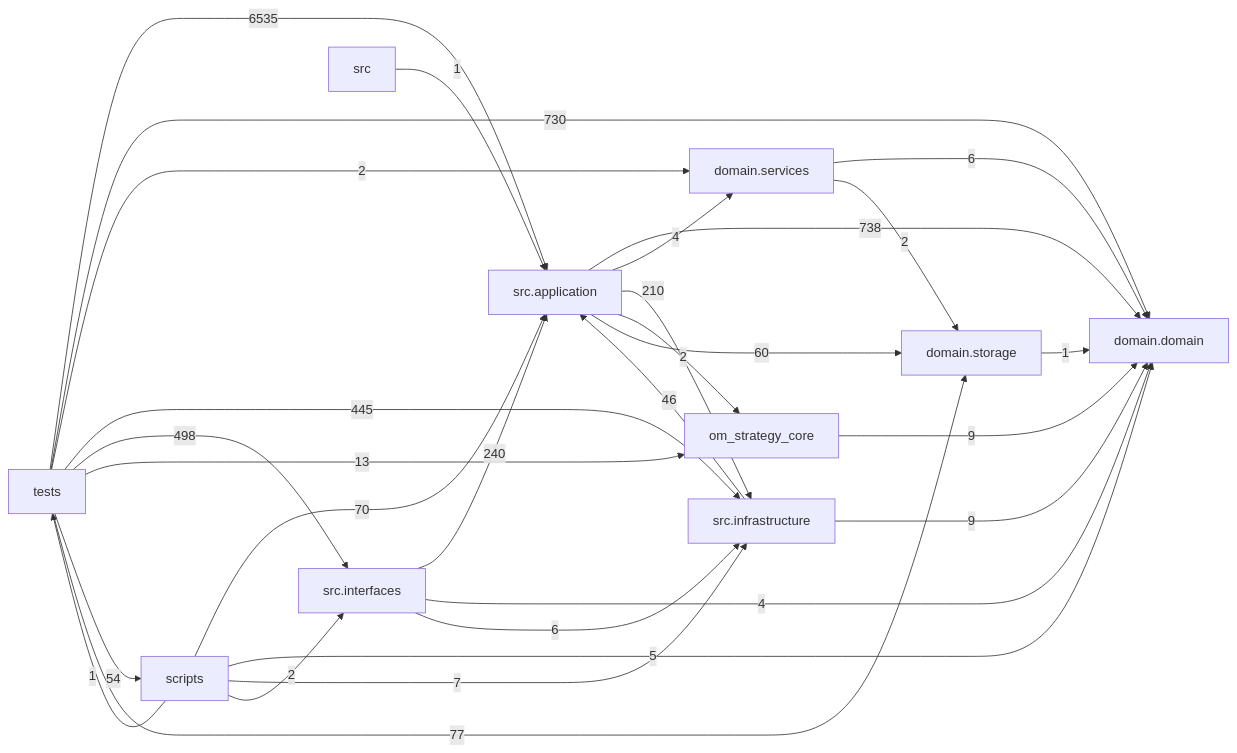
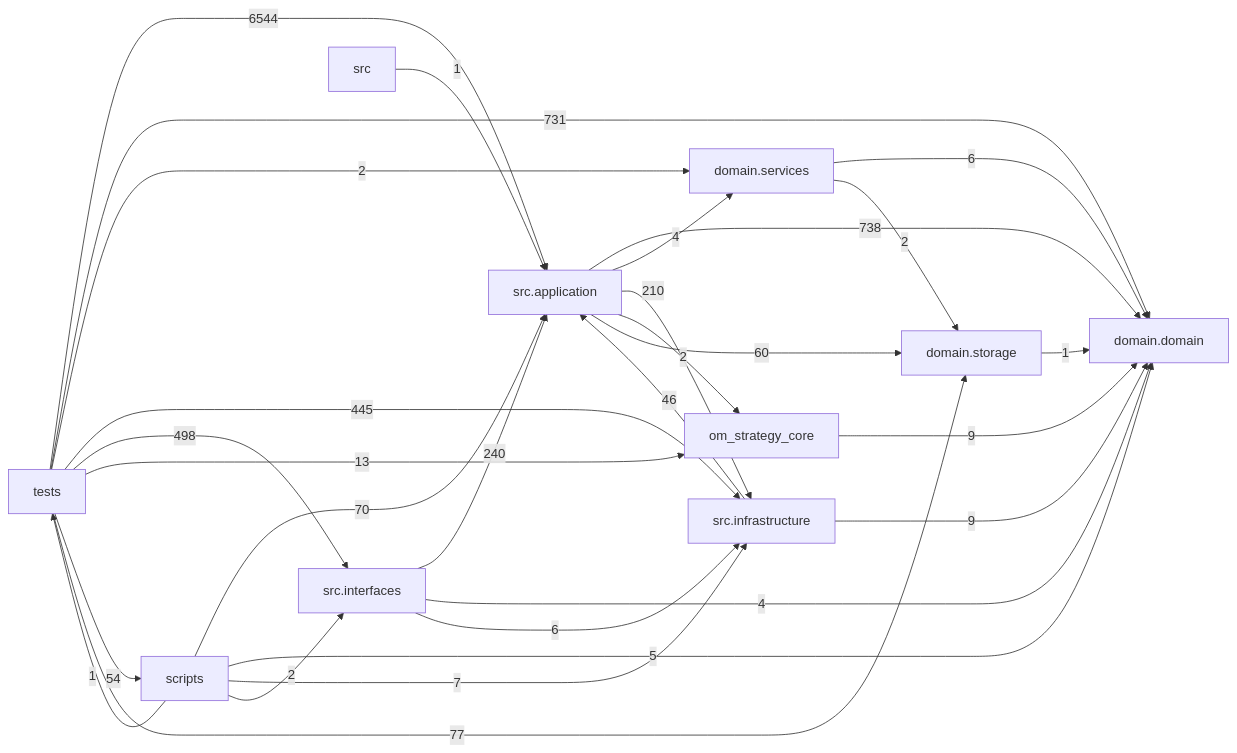
The diagram in docs/DEPENDENCY_GRAPH.md (liuxie066/options-monitor), drawn with Mermaid before and after one commit. The commit also changed other lines of this file and 4 other files, not shown here.

````diff
--- a/docs/DEPENDENCY_GRAPH.md
+++ b/docs/DEPENDENCY_GRAPH.md
@@ -24,39 +24,39 @@
 ```mermaid
 flowchart LR
   tests["tests"]
   scripts["scripts"]
   interfaces["src.interfaces"]
   application["src.application"]
   infrastructure["src.infrastructure"]
   domain_services["domain.services"]
   domain["domain.domain"]
   storage["domain.storage"]
   application -->|738| domain
   application -->|4| domain_services
   application -->|210| infrastructure
   application -->|2| om_strategy_core
   application -->|60| storage
   domain_services -->|6| domain
   domain_services -->|2| storage
   infrastructure -->|46| application
   infrastructure -->|9| domain
   interfaces -->|240| application
   interfaces -->|4| domain
   interfaces -->|6| infrastructure
   om_strategy_core -->|9| domain
   scripts -->|70| application
   scripts -->|5| domain
   scripts -->|7| infrastructure
   scripts -->|2| interfaces
   scripts -->|1| tests
   src -->|1| application
   storage -->|1| domain
-  tests -->|6535| application
-  tests -->|730| domain
+  tests -->|6544| application
+  tests -->|731| domain
   tests -->|2| domain_services
   tests -->|445| infrastructure
   tests -->|498| interfaces
   tests -->|13| om_strategy_core
   tests -->|54| scripts
   tests -->|77| storage
 ```
````
